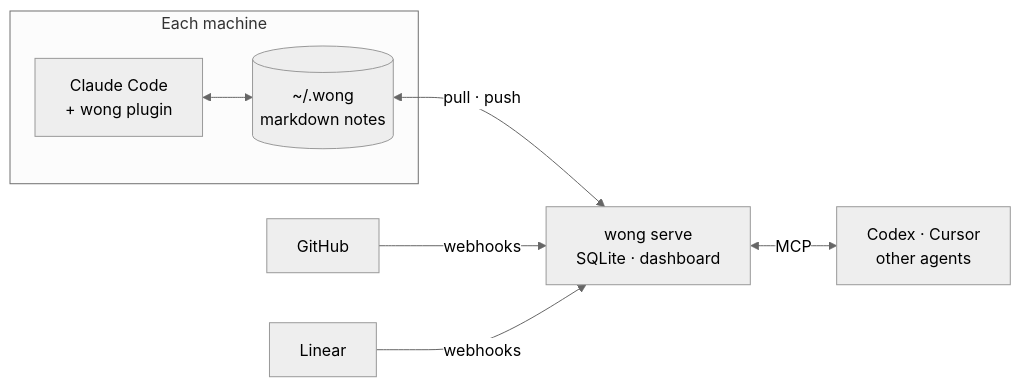
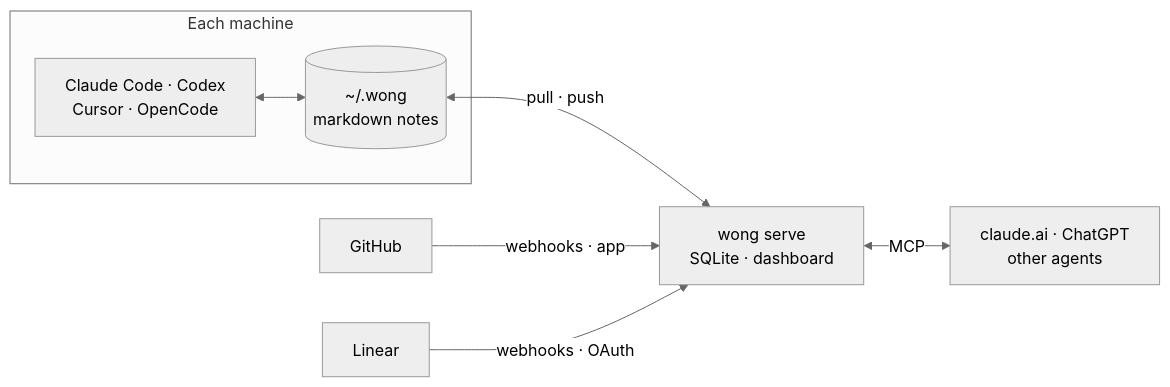
Before and after one commit to 17tayyy/wong: the diagram in README.md, drawn with Mermaid (neutral theme). The commit also changed other lines of this file, not shown here.

````diff
--- a/README.md
+++ b/README.md
@@ -143,10 +144,10 @@
 ```mermaid
 flowchart LR
   subgraph machine ["Each machine"]
-    agent["Claude Code<br>+ wong plugin"] <--> brain[("~/.wong<br>markdown notes")]
+    agent["Claude Code · Codex<br>Cursor · OpenCode"] <--> brain[("~/.wong<br>markdown notes")]
   end
   brain <-->|"pull · push"| server["wong serve<br>SQLite · dashboard"]
-  server <-->|"MCP"| others["Codex · Cursor<br>other agents"]
-  github["GitHub"] -->|"webhooks"| server
-  linear["Linear"] -->|"webhooks"| server
+  server <-->|"MCP"| others["claude.ai · ChatGPT<br>other agents"]
+  github["GitHub"] -->|"webhooks · app"| server
+  linear["Linear"] -->|"webhooks · OAuth"| server
 ```
````
